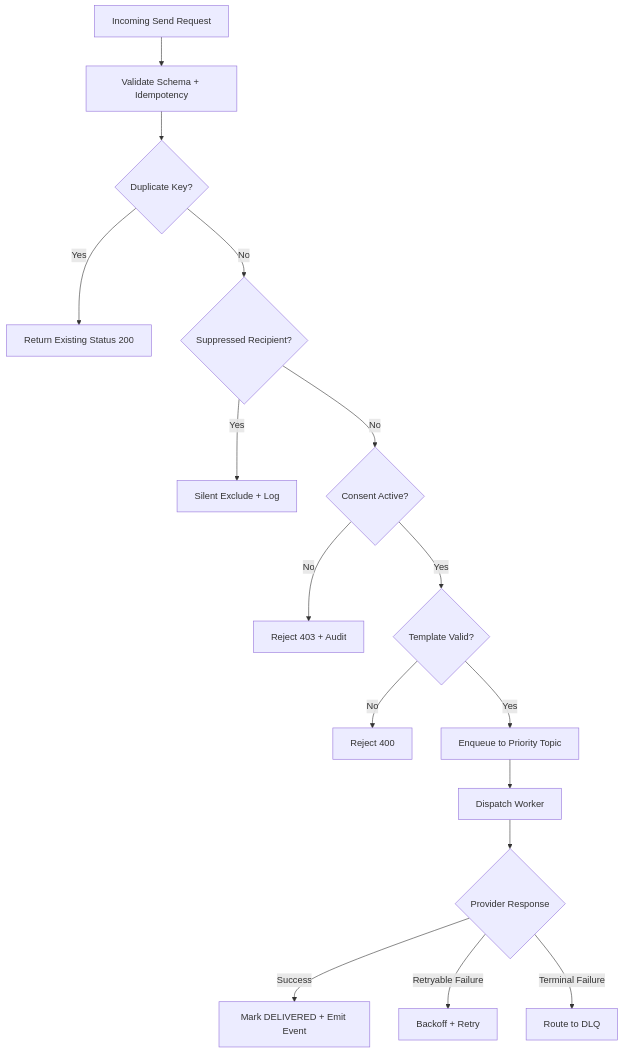
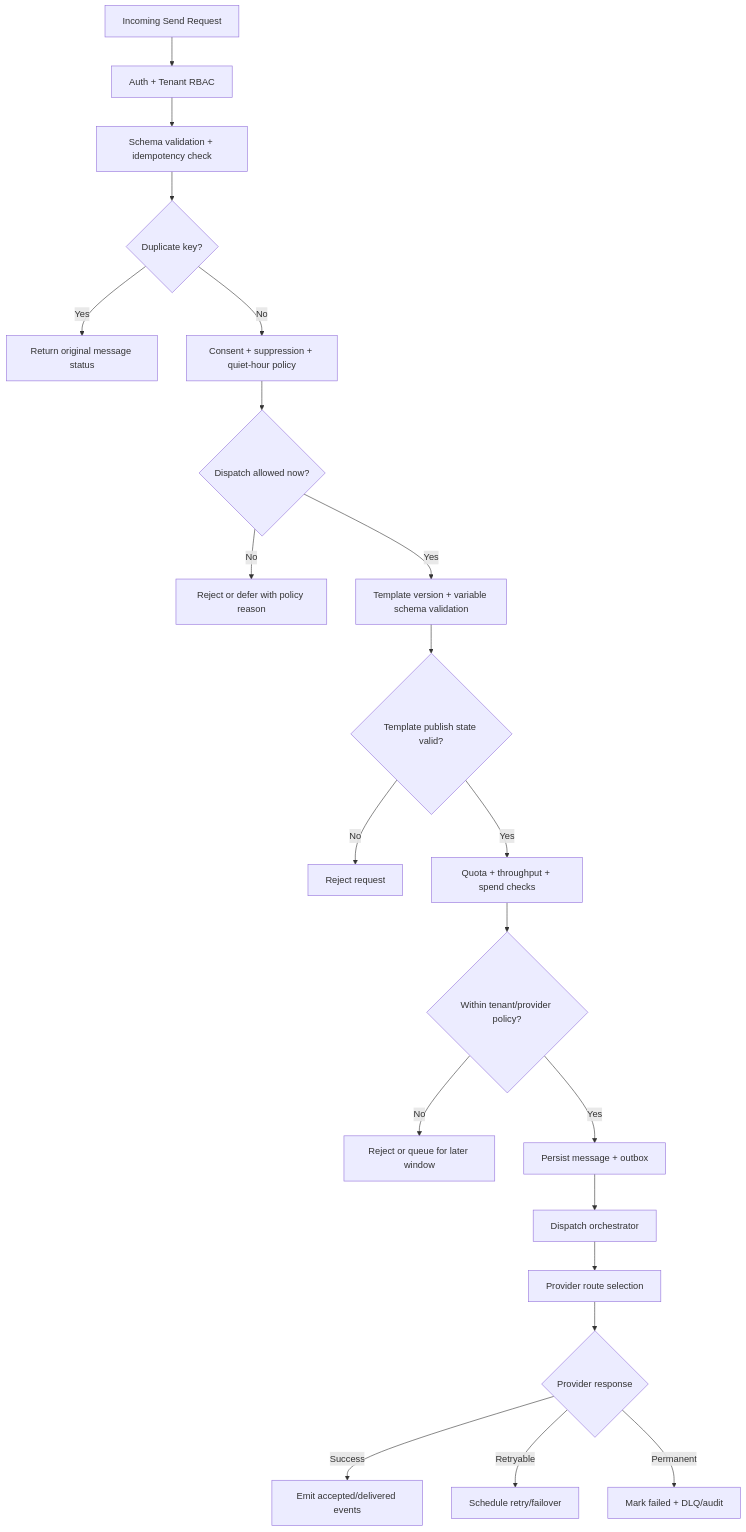
One commit to 0Ankit0/Project-Ideas changed the diagram in Messaging and Notification Platform/analysis/business-rules.md. Above: the diagram before and after it, drawn with Mermaid. The commit also changed other lines of this file and 19 other files, not shown here.

````diff
--- a/Messaging and Notification Platform/analysis/business-rules.md
+++ b/Messaging and Notification Platform/analysis/business-rules.md
@@ -24,18 +45,23 @@
 ```mermaid
 flowchart TD
-    A[Incoming Send Request] --> B[Validate Schema + Idempotency]
-    B --> C{Duplicate Key?}
-    C -- Yes --> C1[Return Existing Status 200]
-    C -- No --> D{Suppressed Recipient?}
-    D -- Yes --> D1[Silent Exclude + Log]
-    D -- No --> E{Consent Active?}
-    E -- No --> E1[Reject 403 + Audit]
-    E -- Yes --> F{Template Valid?}
-    F -- No --> F1[Reject 400]
-    F -- Yes --> G[Enqueue to Priority Topic]
-    G --> H[Dispatch Worker]
-    H --> I{Provider Response}
-    I -- Success --> J[Mark DELIVERED + Emit Event]
-    I -- Retryable Failure --> K[Backoff + Retry]
-    I -- Terminal Failure --> L[Route to DLQ]
+    A[Incoming Send Request] --> B[Auth + Tenant RBAC]
+    B --> C[Schema validation + idempotency check]
+    C --> D{Duplicate key?}
+    D -- Yes --> D1[Return original message status]
+    D -- No --> E[Consent + suppression + quiet-hour policy]
+    E --> F{Dispatch allowed now?}
+    F -- No --> F1[Reject or defer with policy reason]
+    F -- Yes --> G[Template version + variable schema validation]
+    G --> H{Template publish state valid?}
+    H -- No --> H1[Reject request]
+    H -- Yes --> I[Quota + throughput + spend checks]
+    I --> J{Within tenant/provider policy?}
+    J -- No --> J1[Reject or queue for later window]
+    J -- Yes --> K[Persist message + outbox]
+    K --> L[Dispatch orchestrator]
+    L --> M[Provider route selection]
+    M --> N{Provider response}
+    N -- Success --> O[Emit accepted/delivered events]
+    N -- Retryable --> P[Schedule retry/failover]
+    N -- Permanent --> Q[Mark failed + DLQ/audit]
 ```
````
